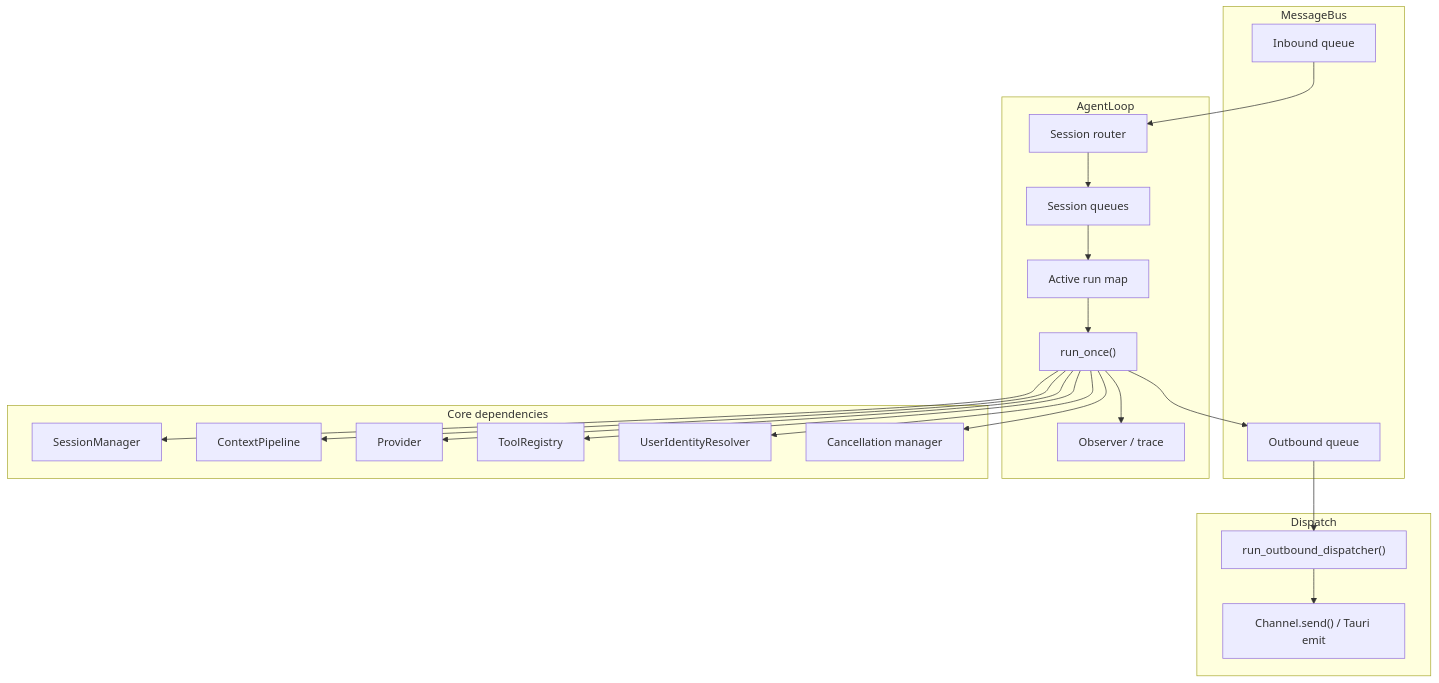
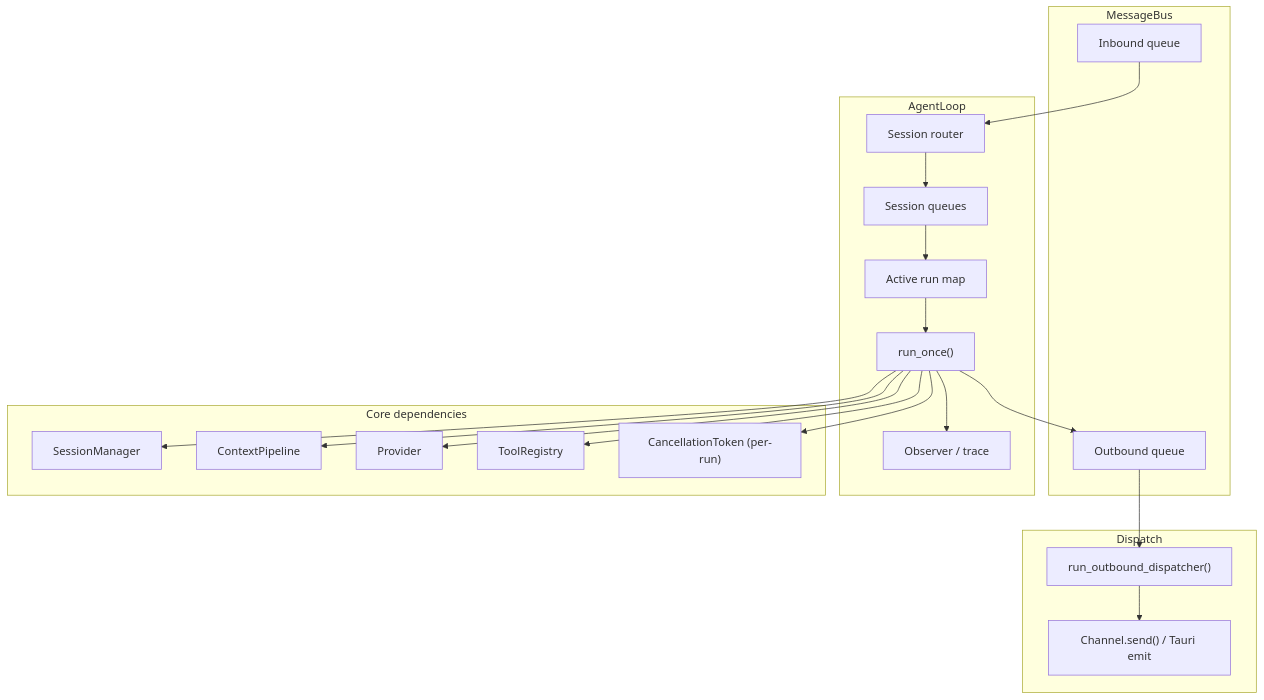
The third of 4 diagrams in docs/design/architecture/05-agent.md (zhuxining/MindClaw), drawn with Mermaid before and after one commit. The commit also changed other lines of this file and 10 other files, not shown here.

First line of the commit message:
docs(architecture): remove model comparison and refine AgentLoop design

````diff
--- a/docs/design/architecture/05-agent.md
+++ b/docs/design/architecture/05-agent.md
@@ -254,44 +247,42 @@
 ```mermaid
 flowchart TB
     subgraph BUS["MessageBus"]
         IN["Inbound queue"]
         OUT["Outbound queue"]
     end
 
     subgraph LOOP["AgentLoop"]
         ROUTER["Session router"]
         SQ["Session queues"]
         AR["Active run map"]
         RUN["run_once()"]
         OBS["Observer / trace"]
     end
 
     subgraph CORE["Core dependencies"]
         SES["SessionManager"]
         CTX["ContextPipeline"]
         LLM["Provider"]
         TOOLS["ToolRegistry"]
-        ID["UserIdentityResolver"]
-        CANCEL["Cancellation manager"]
+        CANCEL["CancellationToken (per-run)"]
     end
 
     subgraph CHANNEL["Dispatch"]
         DISP["run_outbound_dispatcher()"]
         CH["Channel.send() / Tauri emit"]
     end
 
     IN --> ROUTER
     ROUTER --> SQ
     SQ --> AR
     AR --> RUN
-    RUN --> ID
     RUN --> SES
     RUN --> CTX
     RUN --> LLM
     RUN --> TOOLS
     RUN --> CANCEL
     RUN --> OBS
     RUN --> OUT
     OUT --> DISP
     DISP --> CH
 ```
````
